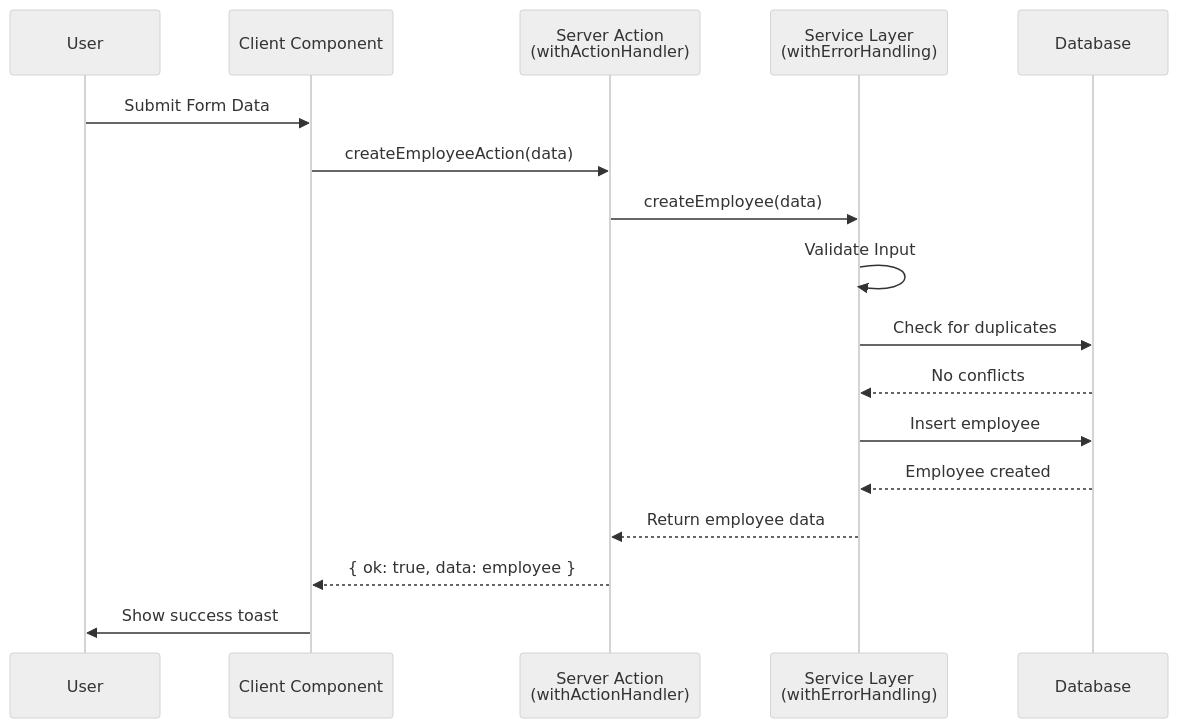
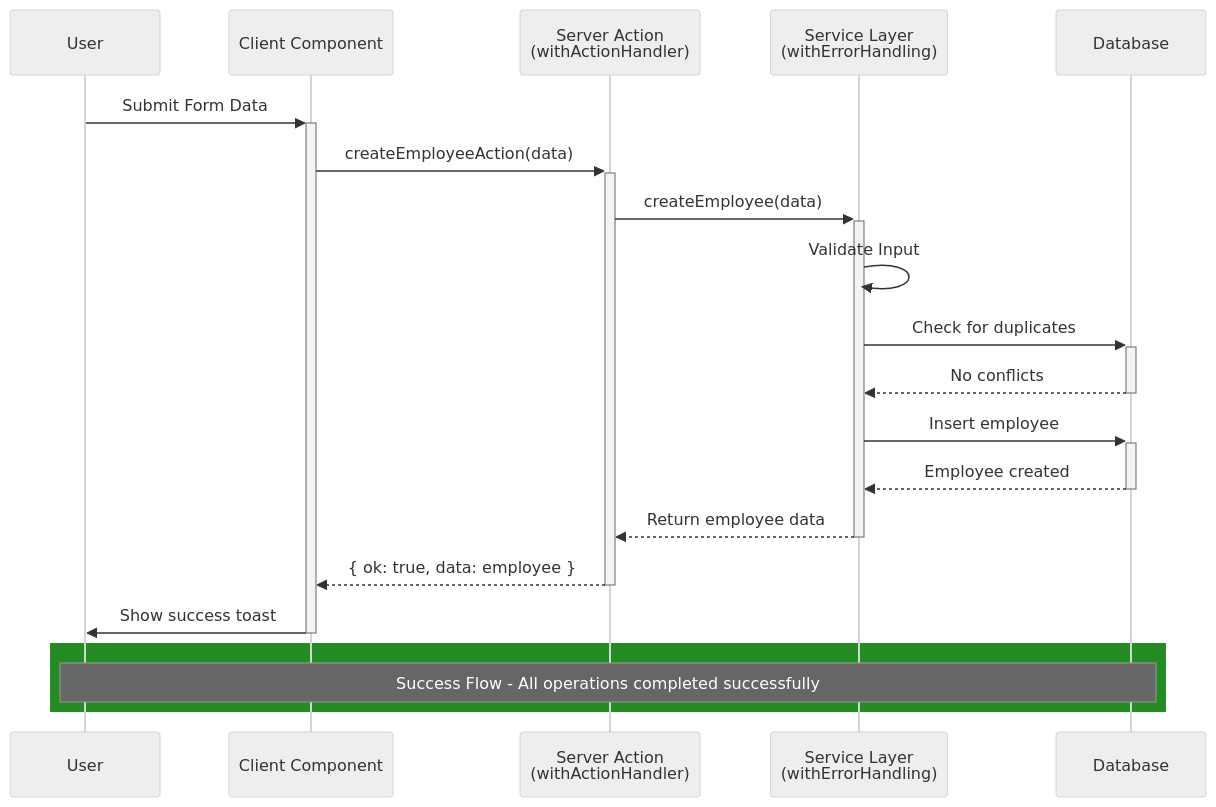
One commit to morsechimwai/nextjs-error-system-boilerplate changed the first of 4 diagrams in README.md. Above: the diagram before and after it, drawn with Mermaid (neutral theme). The commit also changed other lines of this file, not shown here.

Commit message:
docs: Enhance sequence and process flow diagrams with improved styling for success and error handling

````diff
--- a/README.md
+++ b/README.md
@@ -344,20 +344,25 @@
 ```mermaid
 sequenceDiagram
     participant User
     participant Client as Client Component
     participant Action as Server Action<br/>(withActionHandler)
     participant Service as Service Layer<br/>(withErrorHandling)
     participant DB as Database
 
-    User->>Client: Submit Form Data
-    Client->>Action: createEmployeeAction(data)
-    Action->>Service: createEmployee(data)
+    User->>+Client: Submit Form Data
+    Client->>+Action: createEmployeeAction(data)
+    Action->>+Service: createEmployee(data)
     Service->>Service: Validate Input
-    Service->>DB: Check for duplicates
-    DB-->>Service: No conflicts
-    Service->>DB: Insert employee
-    DB-->>Service: Employee created
-    Service-->>Action: Return employee data
-    Action-->>Client: { ok: true, data: employee }
-    Client->>User: Show success toast
+    Service->>+DB: Check for duplicates
+    DB-->>-Service: No conflicts
+    Service->>+DB: Insert employee
+    DB-->>-Service: Employee created
+    Service-->>-Action: Return employee data
+    Action-->>-Client: { ok: true, data: employee }
+    Client->>-User: Show success toast
+
+    %% Success Flow Styling
+    rect rgb(34, 139, 34)
+        note over User,DB: Success Flow - All operations completed successfully
+    end
 ```
````
